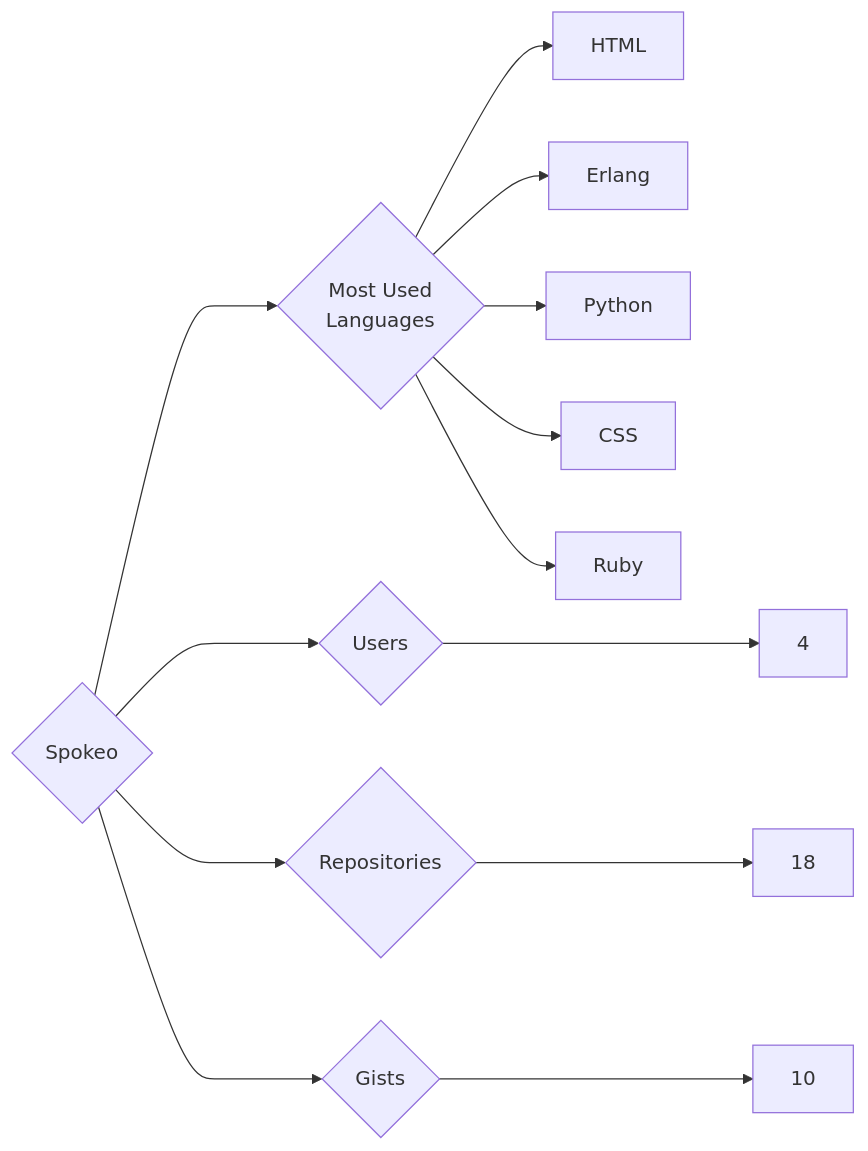
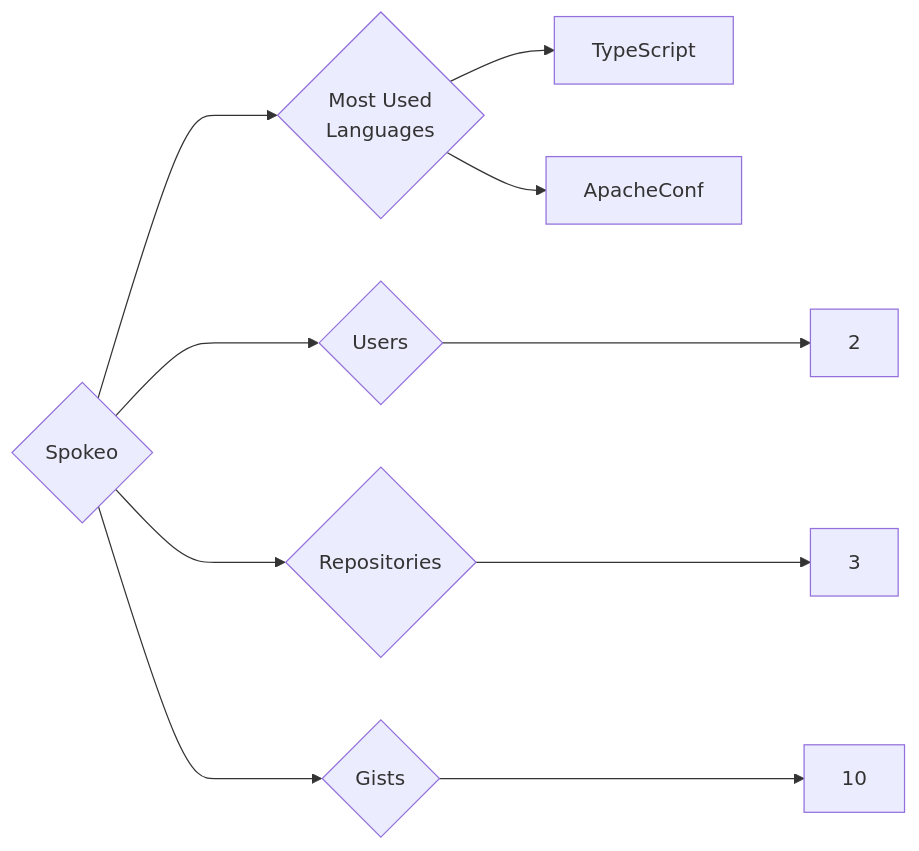
The diagram in targets/Spokeo/README.md (trickest/insiders), drawn with Mermaid before and after one commit. The commit also changed 597 other files, not shown here.

````diff
--- a/targets/Spokeo/README.md
+++ b/targets/Spokeo/README.md
@@ -3,13 +3,10 @@
 ```mermaid
 graph LR
 COMPANY_NAME{Spokeo}
-COMPANY_NAME ---> U{Users} ---> UN[4]
-COMPANY_NAME ---> R{Repositories} ---> RN[18]
+COMPANY_NAME ---> U{Users} ---> UN[2]
+COMPANY_NAME ---> R{Repositories} ---> RN[3]
 COMPANY_NAME ---> G{Gists} ---> GN[10]
 COMPANY_NAME ---> ML{Most Used<br>Languages}
-ML --> HTML[HTML]
-ML --> Erlang[Erlang]
-ML --> Python[Python]
-ML --> CSS[CSS]
-ML --> Ruby[Ruby]
+ML --> TypeScript[TypeScript]
+ML --> ApacheConf[ApacheConf]
 ```
````
